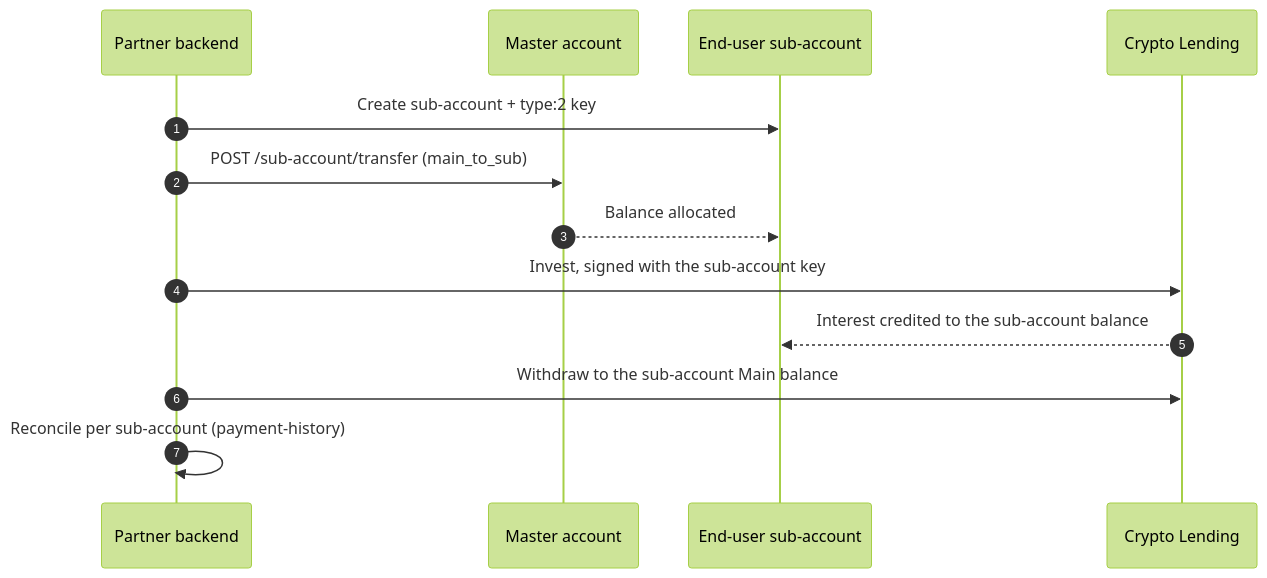
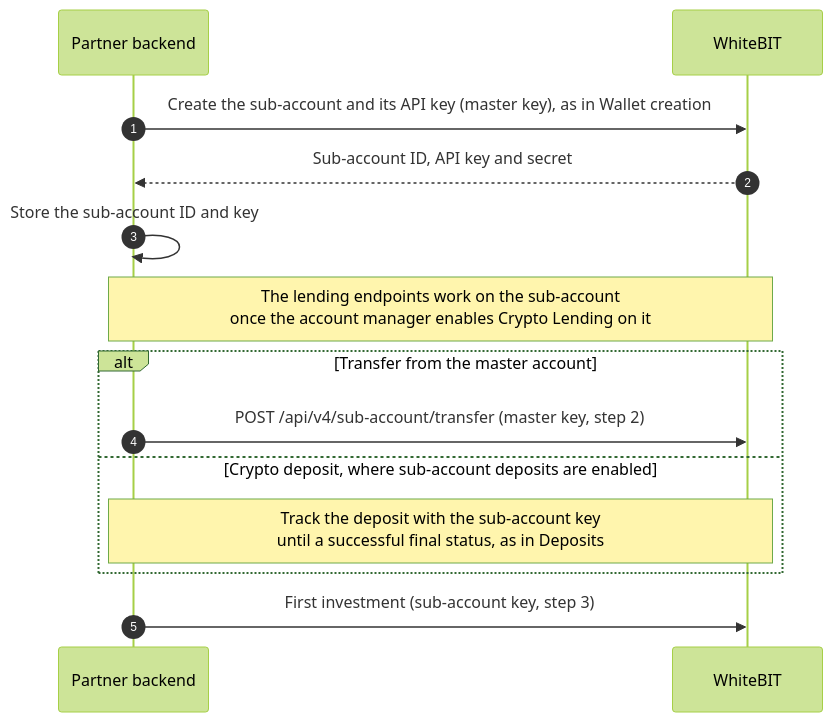
Before and after one commit to whitebit-exchange/docs: the first of 6 diagrams in guides/yaas-integration.mdx, drawn with Mermaid (forest theme). The commit also changed other lines of this file and 5 other files, not shown here.

Commit message:
fix(guide): correct YaaS pages and add lending flow diagrams

````diff
--- a/guides/yaas-integration.mdx
+++ b/guides/yaas-integration.mdx
@@ -103,16 +55,17 @@
 ```mermaid
 sequenceDiagram
     autonumber
     participant P as Partner backend
-    participant M as Master account
-    participant S as End-user sub-account
-    participant L as Crypto Lending
+    participant W as WhiteBIT
 
-    P->>S: Create sub-account + type:2 key
-    P->>M: POST /sub-account/transfer (main_to_sub)
-    M-->>S: Balance allocated
-    P->>L: Invest, signed with the sub-account key
-    L-->>S: Interest credited to the sub-account balance
-    P->>L: Withdraw to the sub-account Main balance
-    P->>P: Reconcile per sub-account (payment-history)
+    P->>W: Create the sub-account and its API key (master key), as in Wallet creation
+    W-->>P: Sub-account ID, API key and secret
+    P->>P: Store the sub-account ID and key
+    Note over P,W: The lending endpoints work on the sub-account<br/>once the account manager enables Crypto Lending on it
+    alt Transfer from the master account
+        P->>W: POST /api/v4/sub-account/transfer (master key, step 2)
+    else Crypto deposit, where sub-account deposits are enabled
+        Note over P,W: Track the deposit with the sub-account key<br/>until a successful final status, as in Deposits
+    end
+    P->>W: First investment (sub-account key, step 3)
 ```
````
